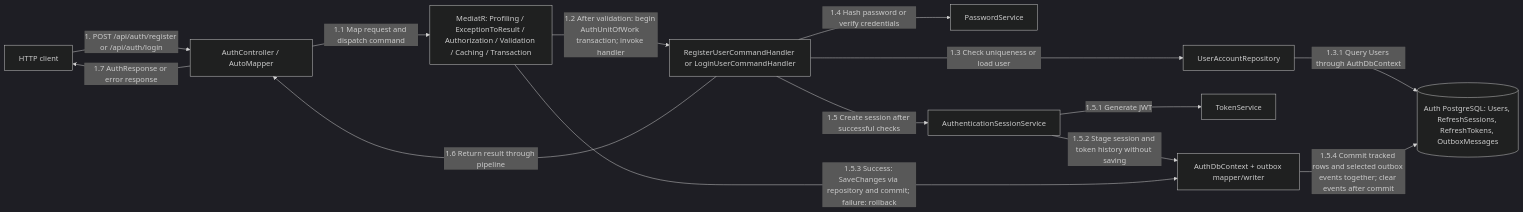
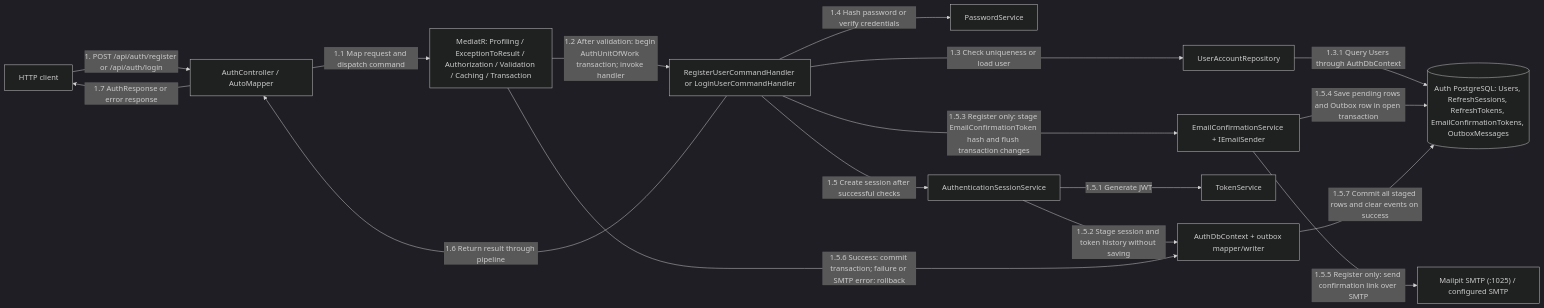
One commit to bogdan-spilevoi/ASET-master-year-1 changed the first of 6 diagrams in src/Services/Auth/COMMUNICATION.md. Above: the diagram before and after it, drawn with Mermaid (dark theme). The commit also changed other lines of this file and 8 other files, not shown here.

Commit message:
docs: update README, Auth docs, Kubernetes runbook, and communication diagrams

````diff
--- a/src/Services/Auth/COMMUNICATION.md
+++ b/src/Services/Auth/COMMUNICATION.md
@@ -10,27 +10,32 @@
 ```mermaid
 flowchart LR
     Client["HTTP client"]
     API["AuthController / AutoMapper"]
     Pipeline["MediatR: Profiling / ExceptionToResult / Authorization / Validation / Caching / Transaction"]
     Handler["RegisterUserCommandHandler or LoginUserCommandHandler"]
     Password["PasswordService"]
     Repository["UserAccountRepository"]
     Session["AuthenticationSessionService"]
+    ConfirmSvc["EmailConfirmationService + IEmailSender"]
     Tokens["TokenService"]
     Context["AuthDbContext + outbox mapper/writer"]
-    DB[("Auth PostgreSQL: Users, RefreshSessions, RefreshTokens, OutboxMessages")]
+    DB[("Auth PostgreSQL: Users, RefreshSessions, RefreshTokens, EmailConfirmationTokens, OutboxMessages")]
+    Mailpit["Mailpit SMTP (:1025) / configured SMTP"]
 
     Client -->|"1. POST /api/auth/register or /api/auth/login"| API
     API -->|"1.1 Map request and dispatch command"| Pipeline
     Pipeline -->|"1.2 After validation: begin AuthUnitOfWork transaction; invoke handler"| Handler
     Handler -->|"1.3 Check uniqueness or load user"| Repository
     Repository -->|"1.3.1 Query Users through AuthDbContext"| DB
     Handler -->|"1.4 Hash password or verify credentials"| Password
     Handler -->|"1.5 Create session after successful checks"| Session
     Session -->|"1.5.1 Generate JWT"| Tokens
     Session -->|"1.5.2 Stage session and token history without saving"| Context
-    Pipeline -->|"1.5.3 Success: SaveChanges via repository and commit; failure: rollback"| Context
-    Context -->|"1.5.4 Commit tracked rows and selected outbox events together; clear events after commit"| DB
+    Handler -->|"1.5.3 Register only: stage EmailConfirmationToken hash and flush transaction changes"| ConfirmSvc
+    ConfirmSvc -->|"1.5.4 Save pending rows and Outbox row in open transaction"| DB
+    ConfirmSvc -->|"1.5.5 Register only: send confirmation link over SMTP"| Mailpit
+    Pipeline -->|"1.5.6 Success: commit transaction; failure or SMTP error: rollback"| Context
+    Context -->|"1.5.7 Commit all staged rows and clear events on success"| DB
     Handler -->|"1.6 Return result through pipeline"| API
     API -->|"1.7 AuthResponse or error response"| Client
 ```
````
